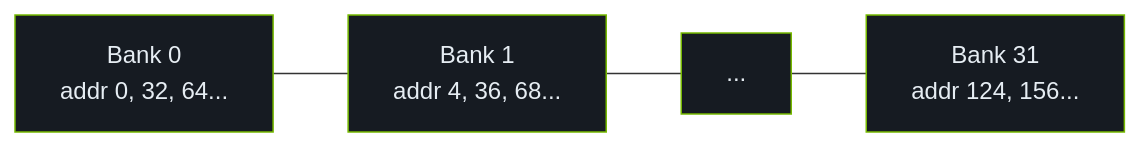
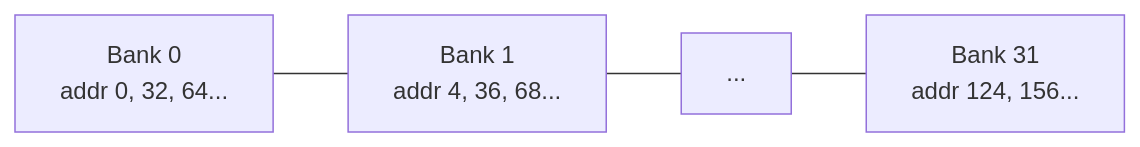
The second of 2 diagrams in docs/zh/modules/03/memory-optimization.md (LessUp/cuda-kernel-academy), drawn with Mermaid before and after one commit. The commit also changed other lines of this file and 45 other files, not shown here.

````diff
--- a/docs/zh/modules/03/memory-optimization.md
+++ b/docs/zh/modules/03/memory-optimization.md
@@ -144,9 +132,5 @@
 ```mermaid
 flowchart LR
     B0["Bank 0<br/>addr 0, 32, 64..."] --- B1["Bank 1<br/>addr 4, 36, 68..."] --- B2["..."] --- B31["Bank 31<br/>addr 124, 156..."]
 
-    style B0 fill:#161b22,stroke:#76B900,color:#e6edf3
-    style B1 fill:#161b22,stroke:#76B900,color:#e6edf3
-    style B2 fill:#161b22,stroke:#76B900,color:#e6edf3
-    style B31 fill:#161b22,stroke:#76B900,color:#e6edf3
 ```
````
